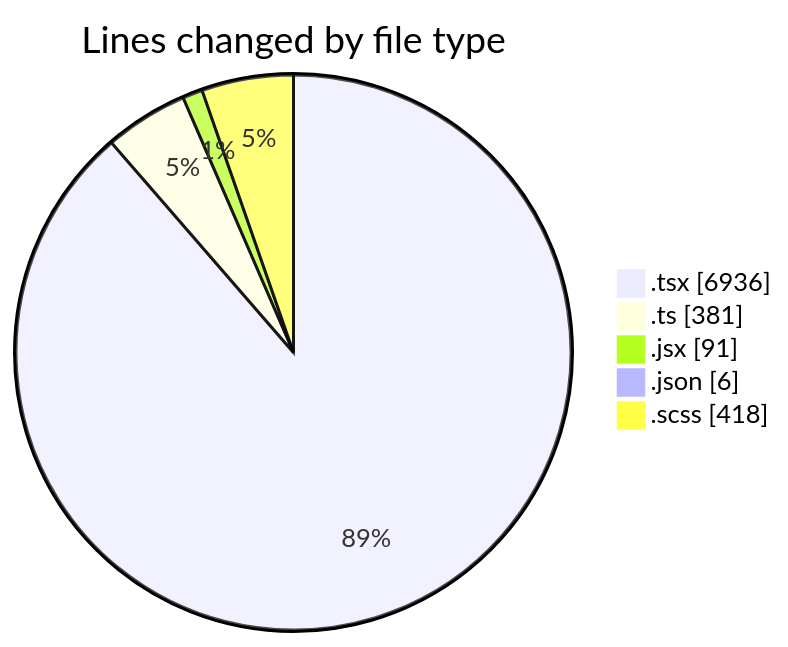
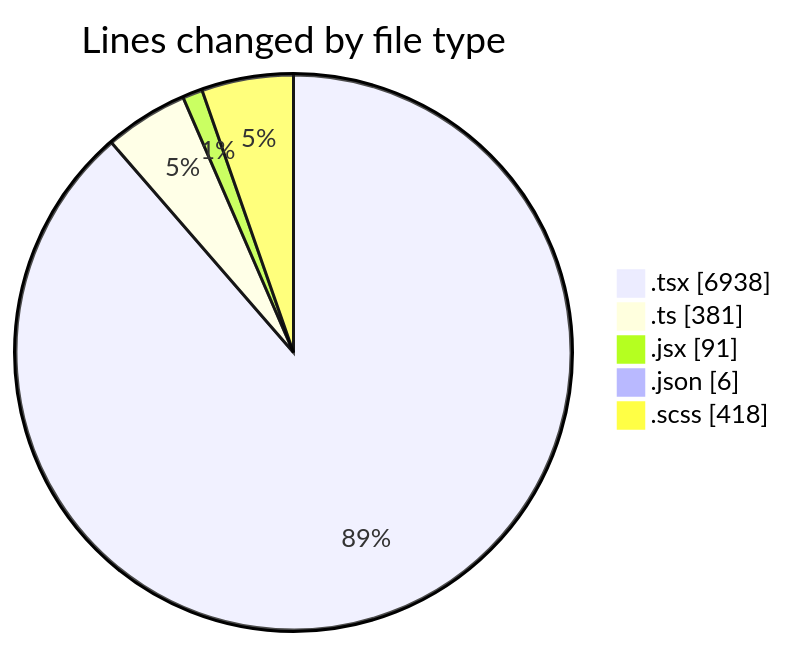
Before and after one commit to momahboobian/code-tracking: the first of 2 diagrams in 2026-04-27/cda/README.md, drawn with Mermaid. The commit also changed other lines of this file and 1 other file, not shown here.

````diff
--- a/2026-04-27/cda/README.md
+++ b/2026-04-27/cda/README.md
@@ -45,9 +45,9 @@
 ```mermaid
 pie showData
 title Lines changed by file type
-".tsx" : 6936
+".tsx" : 6938
 ".ts" : 381
 ".jsx" : 91
 ".json" : 6
 ".scss" : 418
 ```
````
